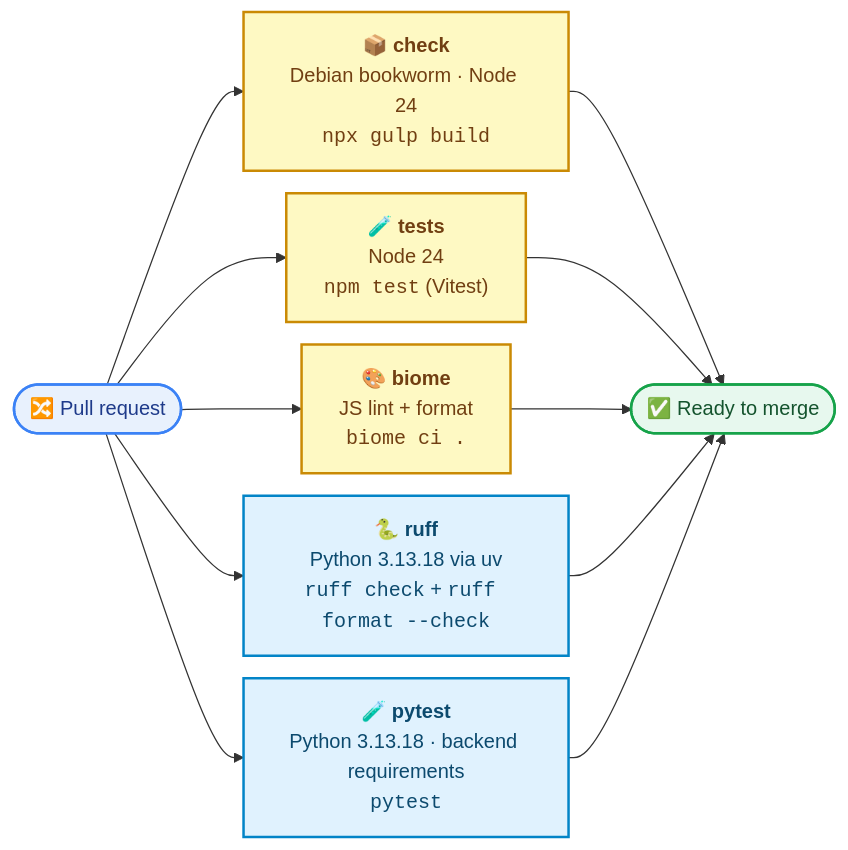
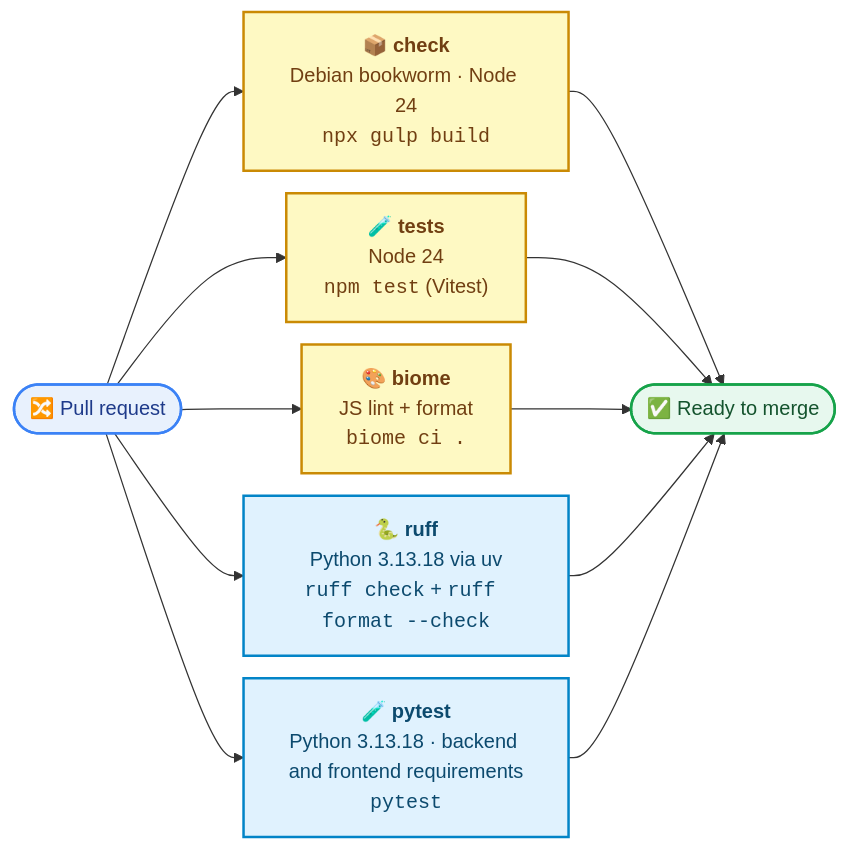
The second of 7 diagrams in docs/ci-cd.md (toolforge/video2commons), drawn with Mermaid before and after one commit. The commit also changed other lines of this file and 20 other files, not shown here.

````diff
--- a/docs/ci-cd.md
+++ b/docs/ci-cd.md
@@ -60,22 +60,22 @@
 ```mermaid
 %%{init: {"flowchart": {"curve": "basis", "nodeSpacing": 18}}}%%
 flowchart LR
     pr(["🔀 Pull request"]) --> check & tests & biome & ruff & pytest
 
     check["📦 <b>check</b><br/>Debian bookworm · Node 24<br/><code>npx gulp build</code>"]
     tests["🧪 <b>tests</b><br/>Node 24<br/><code>npm test</code> (Vitest)"]
     biome["🎨 <b>biome</b><br/>JS lint + format<br/><code>biome ci .</code>"]
     ruff["🐍 <b>ruff</b><br/>Python 3.13.18 via uv<br/><code>ruff check</code> + <code>ruff format --check</code>"]
-    pytest["🧪 <b>pytest</b><br/>Python 3.13.18 · backend requirements<br/><code>pytest</code>"]
+    pytest["🧪 <b>pytest</b><br/>Python 3.13.18 · backend and frontend requirements<br/><code>pytest</code>"]
 
     check & tests & biome & ruff & pytest --> ok(["✅ Ready to merge"])
 
     classDef start fill:#e8f1fd,stroke:#3b82f6,stroke-width:2px,color:#1e3a8a
     classDef js fill:#fef9c3,stroke:#ca8a04,stroke-width:2px,color:#713f12
     classDef py fill:#e0f2fe,stroke:#0284c7,stroke-width:2px,color:#0c4a6e
     classDef ok fill:#e7f8ee,stroke:#16a34a,stroke-width:2px,color:#14532d
     class pr start
     class check,tests,biome js
     class ruff,pytest py
     class ok ok
 ```
````
